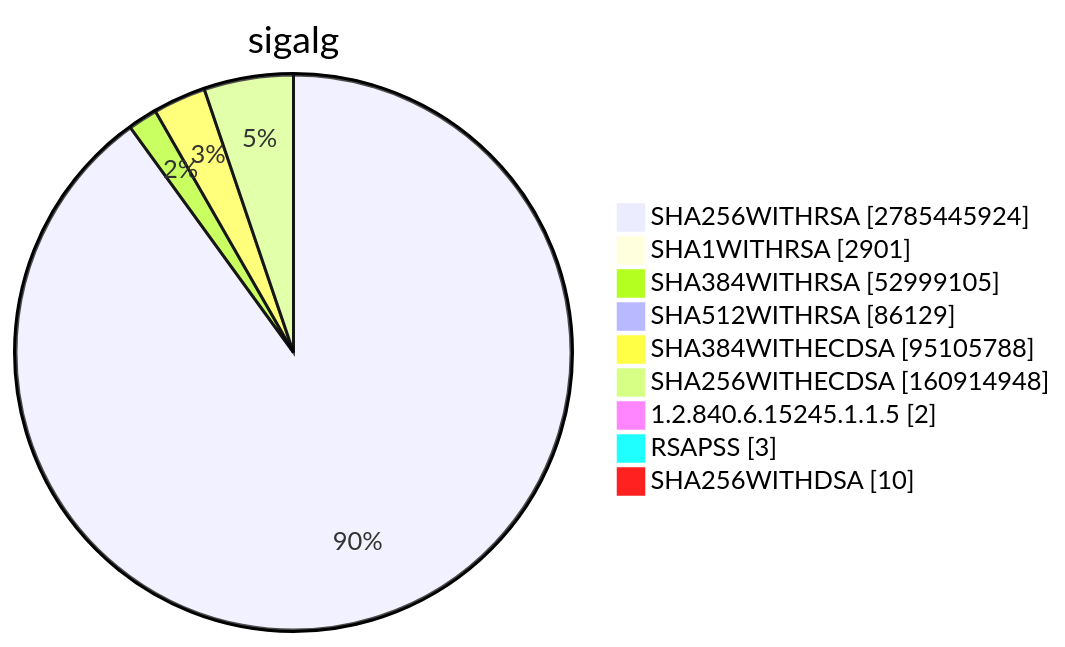
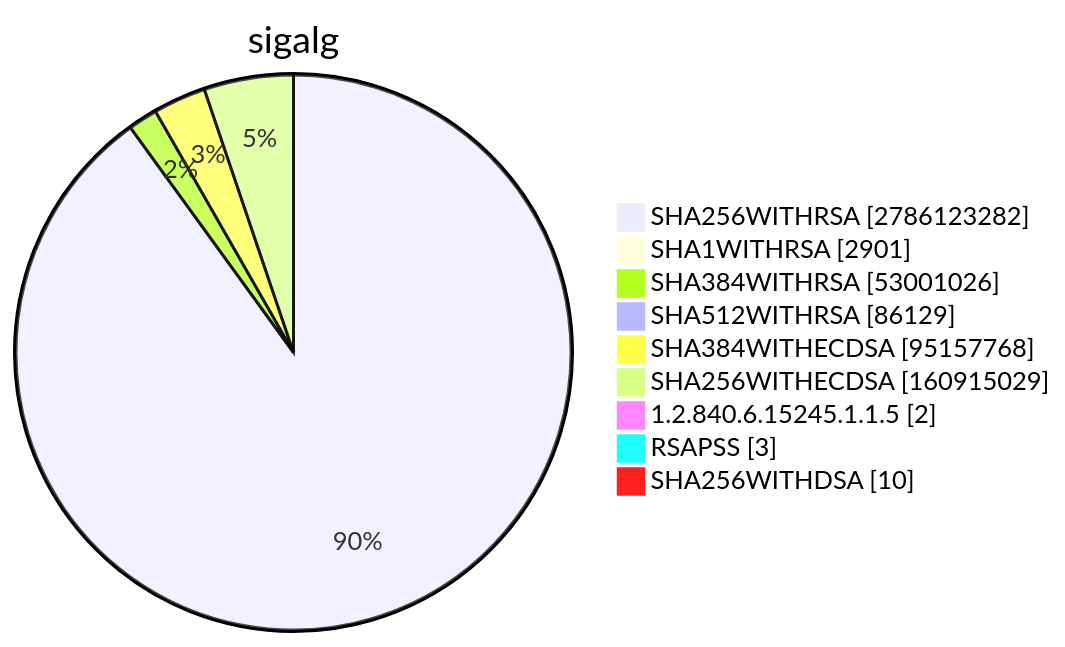
One commit to christiankrug/ctmonitor_visualization changed diagram 15 of 15 in TOTAL/README.md. Above: the diagram before and after it, drawn with Mermaid. The commit also changed other lines of this file, not shown here.

````diff
--- a/TOTAL/README.md
+++ b/TOTAL/README.md
@@ -6207,13 +6207,13 @@
 ```mermaid
 pie showData
 title sigalg
-"SHA256WITHRSA" :2785445924
+"SHA256WITHRSA" :2786123282
 "SHA1WITHRSA" :2901
-"SHA384WITHRSA" :52999105
+"SHA384WITHRSA" :53001026
 "SHA512WITHRSA" :86129
-"SHA384WITHECDSA" :95105788
-"SHA256WITHECDSA" :160914948
+"SHA384WITHECDSA" :95157768
+"SHA256WITHECDSA" :160915029
 "1.2.840.6.15245.1.1.5" :2
 "RSAPSS" :3
 "SHA256WITHDSA" :10
 ```
````
